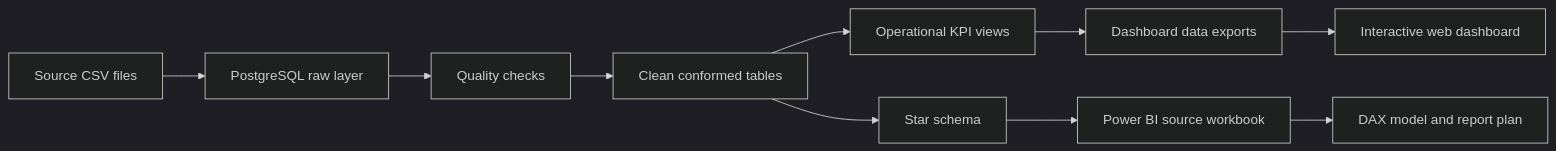
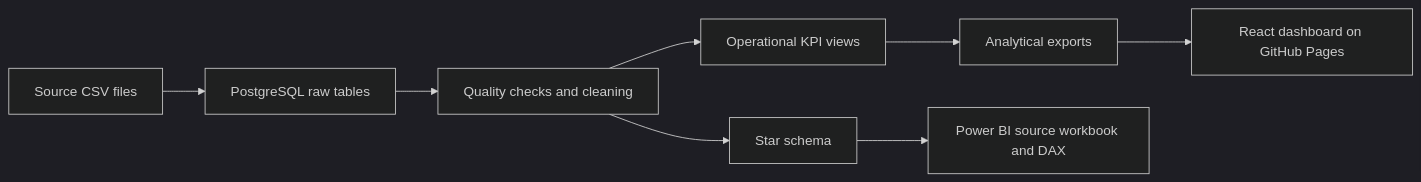
One commit to Akshayamin13/supply-chain-operations-control-tower changed the diagram in README.md. Above: the diagram before and after it, drawn with Mermaid (dark theme). The commit also changed other lines of this file and 32 other files, not shown here.

````diff
--- a/README.md
+++ b/README.md
@@ -39,12 +114,10 @@
 ```mermaid
 flowchart LR
-    A[Source CSV files] --> B[PostgreSQL raw layer]
-    B --> C[Quality checks]
-    C --> D[Clean conformed tables]
-    D --> E[Operational KPI views]
-    D --> F[Star schema]
-    E --> G[Dashboard data exports]
-    F --> H[Power BI source workbook]
-    G --> I[Interactive web dashboard]
-    H --> J[DAX model and report plan]
+    A[Source CSV files] --> B[PostgreSQL raw tables]
+    B --> C[Quality checks and cleaning]
+    C --> D[Operational KPI views]
+    C --> E[Star schema]
+    D --> F[Analytical exports]
+    F --> G[React dashboard on GitHub Pages]
+    E --> H[Power BI source workbook and DAX]
 ```
````
